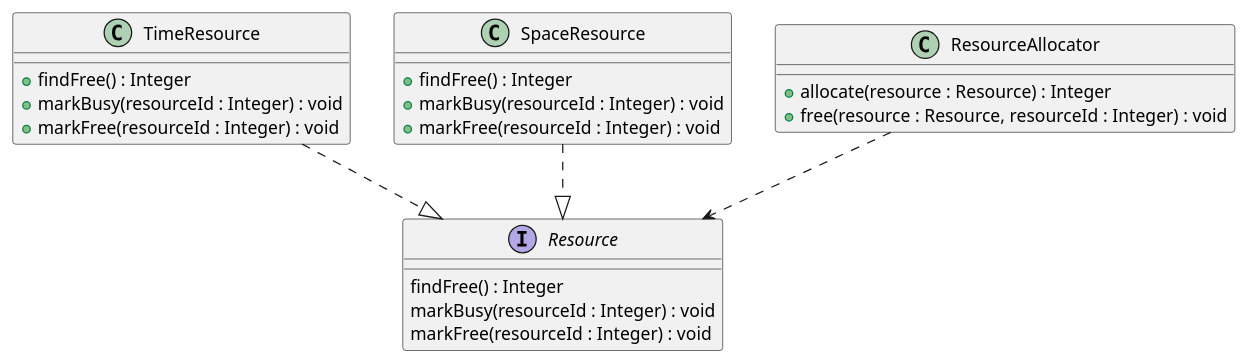
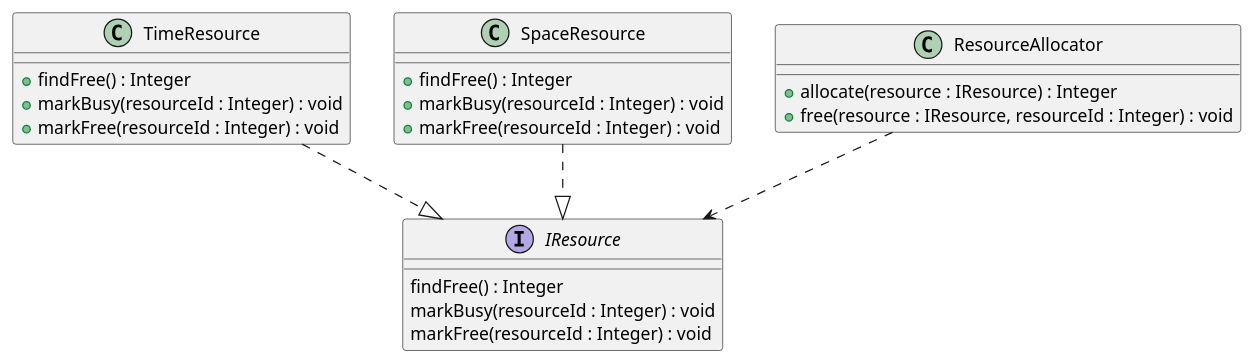
Before and after one commit to safa-abidi/Lab1-Software-Architecture: the diagram in OCP/src/com/directi/training/ocp/exercice_refactored/exercice_refactored.puml, drawn with PlantUML. The commit also changed 24 other files, not shown here.

```diff
--- a/OCP/src/com/directi/training/ocp/exercice_refactored/exercice_refactored.puml
+++ b/OCP/src/com/directi/training/ocp/exercice_refactored/exercice_refactored.puml
@@ -1,37 +1,37 @@
 @startuml
 'https://plantuml.com/class-diagram
 
-interface Resource
+interface IResource
 class TimeResource
 class SpaceResource
 class ResourceAllocator
 
-interface Resource{
+interface IResource{
 findFree() : Integer
 markBusy(resourceId : Integer) : void
 markFree(resourceId : Integer) : void
 }
 
 class SpaceResource{
 + findFree() : Integer
 + markBusy(resourceId : Integer) : void
 + markFree(resourceId : Integer) : void
 }
 
 class TimeResource{
 + findFree() : Integer
 + markBusy(resourceId : Integer) : void
 + markFree(resourceId : Integer) : void
 }
 
 class ResourceAllocator{
-+ allocate(resource : Resource) : Integer
-+ free(resource : Resource, resourceId : Integer) : void
++ allocate(resource : IResource) : Integer
++ free(resource : IResource, resourceId : Integer) : void
 }
 
-SpaceResource ..|> Resource
-TimeResource ..|> Resource
+SpaceResource ..|> IResource
+TimeResource ..|> IResource
 
-ResourceAllocator ..> Resource
+ResourceAllocator ..> IResource
 
 @enduml
```
